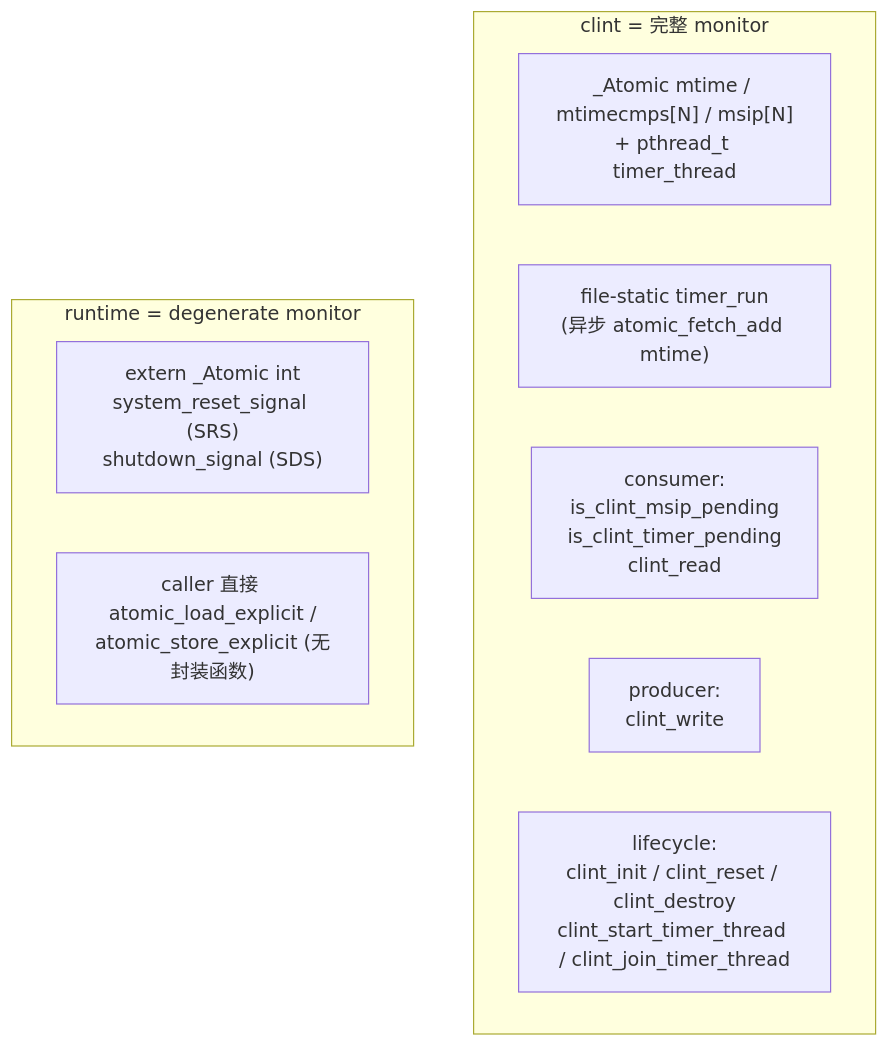
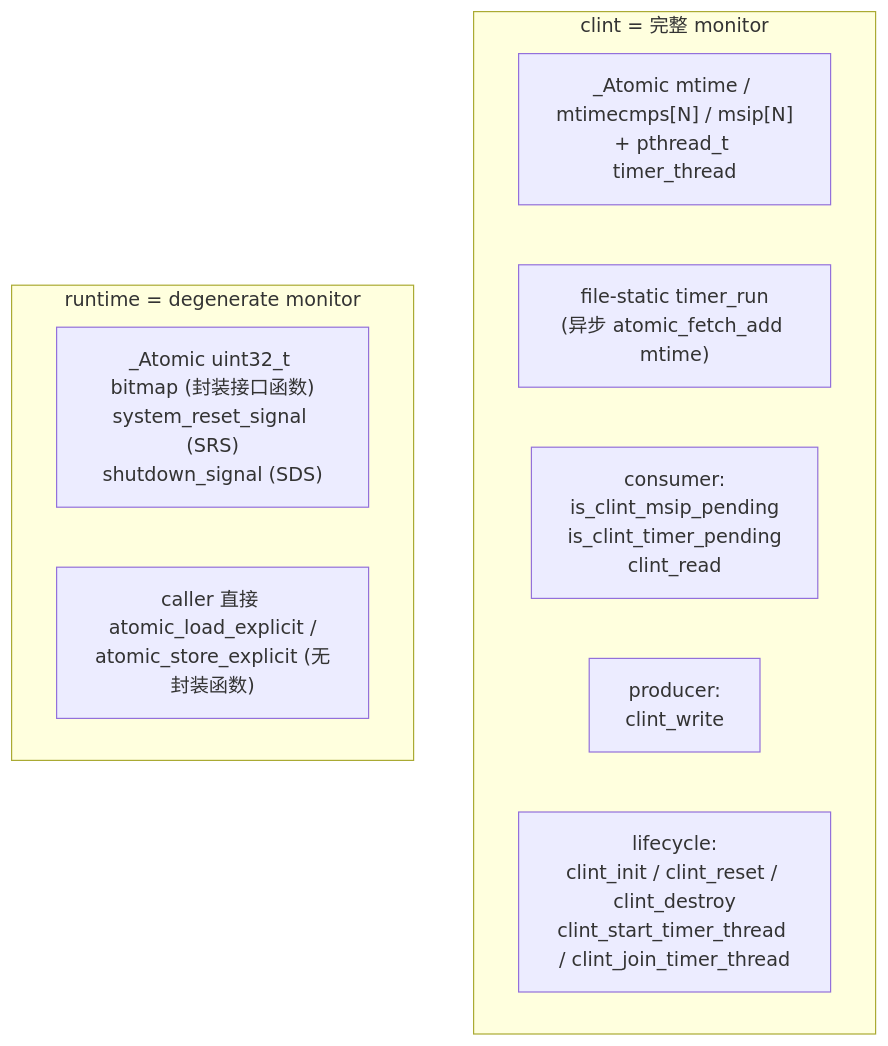
The fifth of 5 diagrams in README.md (LiuJiLan/riscv-jit-emulator), drawn with Mermaid before and after one commit. The commit also changed other lines of this file and 21 other files, not shown here.

````diff
--- a/README.md
+++ b/README.md
@@ -327,15 +339,15 @@
 ```mermaid
 graph TB
     subgraph "clint = 完整 monitor"
         CL_State["_Atomic mtime / mtimecmps[N] / msip[N]<br/>+ pthread_t timer_thread"]
         CL_Actor["file-static timer_run<br/>(异步 atomic_fetch_add mtime)"]
         CL_Cons["consumer:<br/>is_clint_msip_pending<br/>is_clint_timer_pending<br/>clint_read"]
         CL_Prod["producer:<br/>clint_write"]
         CL_Life["lifecycle:<br/>clint_init / clint_reset / clint_destroy<br/>clint_start_timer_thread / clint_join_timer_thread"]
     end
 
     subgraph "runtime = degenerate monitor"
-        RT_State["extern _Atomic int<br/>system_reset_signal (SRS)<br/>shutdown_signal (SDS)"]
+        RT_State["_Atomic uint32_t bitmap (封装接口函数)<br/>system_reset_signal (SRS)<br/>shutdown_signal (SDS)"]
         RT_Use["caller 直接 atomic_load_explicit /<br/>atomic_store_explicit (无封装函数)"]
     end
 ```
````
